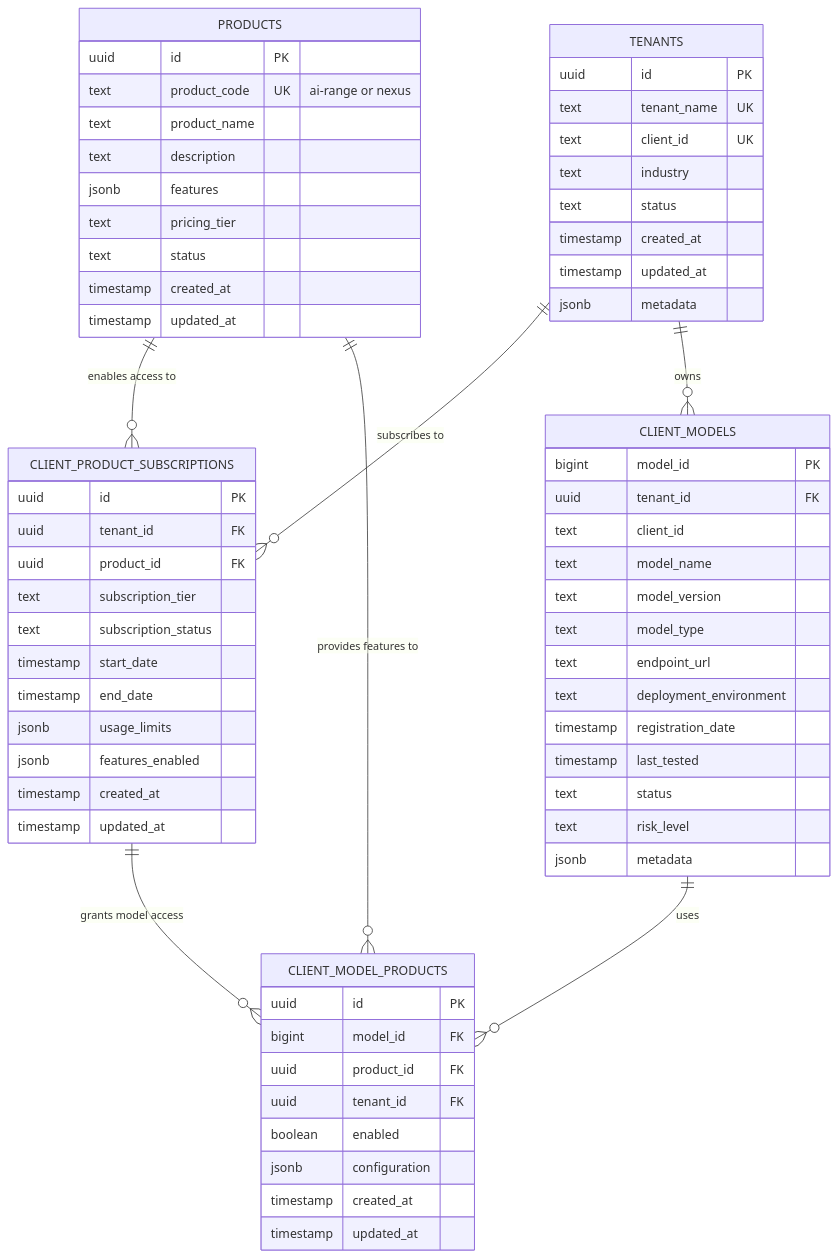
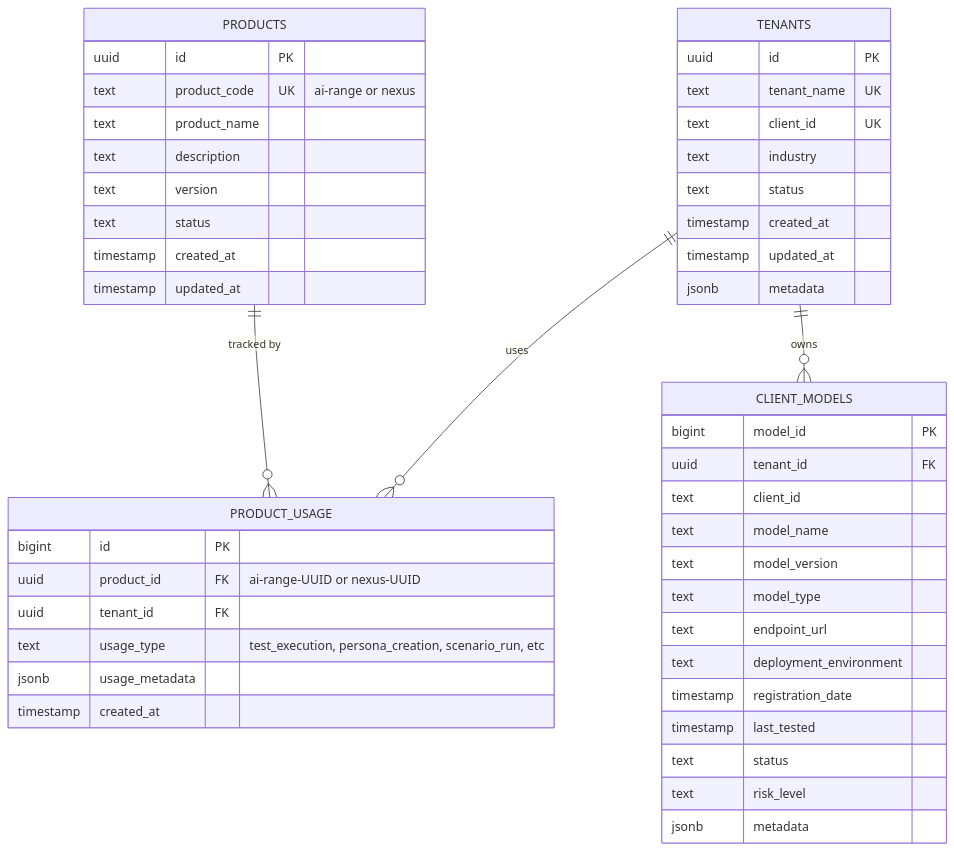
Before and after one commit to Optica-Labs/database_design: the diagram in docs/PRODUCT_LAYER_ER_DIAGRAM.md, drawn with Mermaid. The commit also changed other lines of this file and 15 other files, not shown here.

````diff
--- a/docs/PRODUCT_LAYER_ER_DIAGRAM.md
+++ b/docs/PRODUCT_LAYER_ER_DIAGRAM.md
@@ -5,72 +5,52 @@
 ```mermaid
 erDiagram
-    PRODUCTS ||--o{ CLIENT_PRODUCT_SUBSCRIPTIONS : "enables access to"
+    PRODUCTS ||--o{ PRODUCT_USAGE : "tracked by"
     PRODUCTS {
         uuid id PK
         text product_code UK "ai-range or nexus"
         text product_name
         text description
-        jsonb features
-        text pricing_tier
+        text version
         text status
         timestamp created_at
         timestamp updated_at
     }
     
-    TENANTS ||--o{ CLIENT_PRODUCT_SUBSCRIPTIONS : "subscribes to"
+    PRODUCT_USAGE {
+        bigint id PK
+        uuid product_id FK "ai-range-UUID or nexus-UUID"
+        uuid tenant_id FK
+        text usage_type "test_execution, persona_creation, scenario_run, etc"
+        jsonb usage_metadata
+        timestamp created_at
+    }
+    
     TENANTS ||--o{ CLIENT_MODELS : "owns"
+    TENANTS ||--o{ PRODUCT_USAGE : "uses"
     TENANTS {
         uuid id PK
         text tenant_name UK
         text client_id UK
         text industry
         text status
         timestamp created_at
         timestamp updated_at
         jsonb metadata
     }
     
-    CLIENT_PRODUCT_SUBSCRIPTIONS ||--o{ CLIENT_MODEL_PRODUCTS : "grants model access"
-    CLIENT_PRODUCT_SUBSCRIPTIONS {
-        uuid id PK
-        uuid tenant_id FK
-        uuid product_id FK
-        text subscription_tier
-        text subscription_status
-        timestamp start_date
-        timestamp end_date
-        jsonb usage_limits
-        jsonb features_enabled
-        timestamp created_at
-        timestamp updated_at
-    }
-    
-    CLIENT_MODELS ||--o{ CLIENT_MODEL_PRODUCTS : "uses"
     CLIENT_MODELS {
         bigint model_id PK
         uuid tenant_id FK
         text client_id
         text model_name
         text model_version
         text model_type
         text endpoint_url
         text deployment_environment
         timestamp registration_date
         timestamp last_tested
         text status
         text risk_level
         jsonb metadata
     }
-    
-    PRODUCTS ||--o{ CLIENT_MODEL_PRODUCTS : "provides features to"
-    CLIENT_MODEL_PRODUCTS {
-        uuid id PK
-        bigint model_id FK
-        uuid product_id FK
-        uuid tenant_id FK
-        boolean enabled
-        jsonb configuration
-        timestamp created_at
-        timestamp updated_at
-    }
 ```
````
